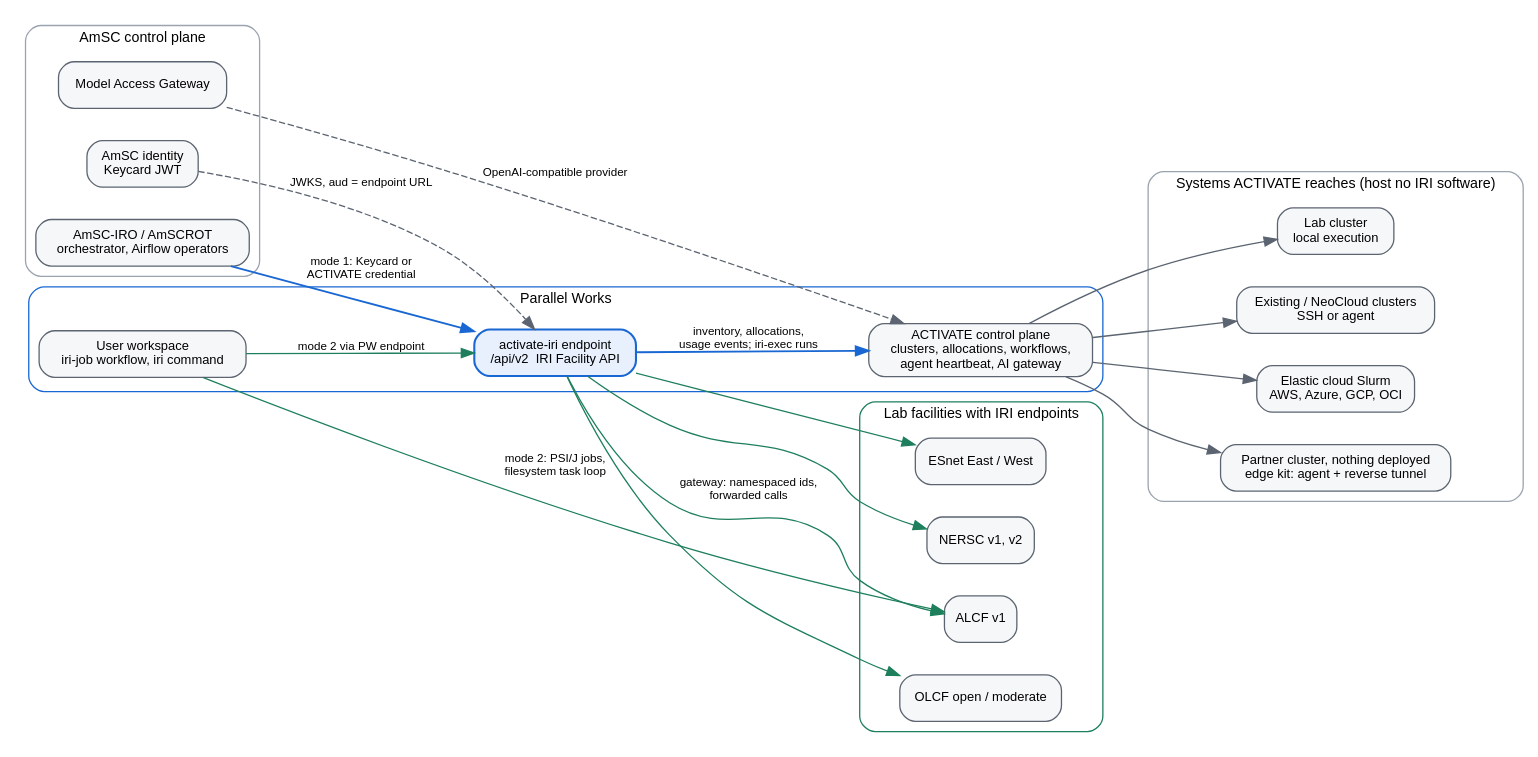
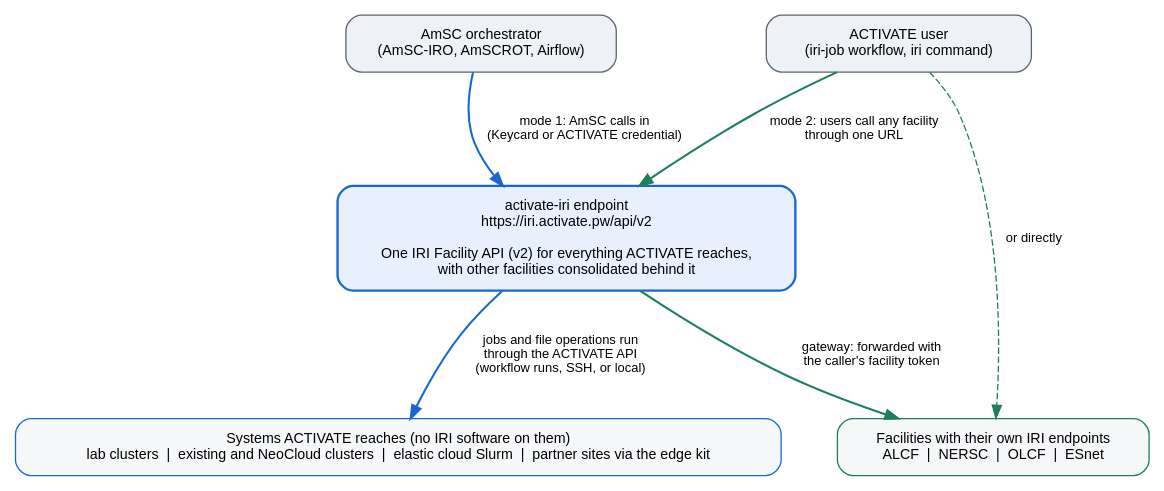
The diagram in docs/diagrams/overview.dot (parallelworks/activate-iri), drawn with Graphviz before and after one commit. The commit also changed 4 other files, not shown here.

First line of the commit message:
Simplify the overview diagram (#3)

```diff
--- a/docs/diagrams/overview.dot
+++ b/docs/diagrams/overview.dot
@@ -1,33 +1,24 @@
 digraph activate_iri {
-  graph [rankdir=LR, fontname="Helvetica", fontsize=11, nodesep=0.35, ranksep=0.7, bgcolor="white"];
-  node  [shape=box, style="rounded,filled", fontname="Helvetica", fontsize=10, fillcolor="#F6F7F9", color="#5B6470"];
-  edge  [fontname="Helvetica", fontsize=9, color="#5B6470"];
+  graph [rankdir=TB, fontname="Helvetica", fontsize=11, nodesep=0.6, ranksep=0.9, bgcolor="white", splines=true];
+  node  [shape=box, style="rounded,filled", fontname="Helvetica", fontsize=11, fillcolor="#F6F7F9", color="#5B6470", margin="0.25,0.14"];
+  edge  [fontname="Helvetica", fontsize=10, color="#5B6470"];
 
-  subgraph cluster_amsc { label="AmSC control plane"; style="rounded"; color="#9AA3AF";
-    iro   [label="AmSC-IRO / AmSCROT\norchestrator, Airflow operators"];
-    ping  [label="AmSC identity\nKeycard JWT"];
-    mag   [label="Model Access Gateway"];
-  }
-  subgraph cluster_pw { label="Parallel Works"; style="rounded"; color="#1967D2";
-    ep    [label="activate-iri endpoint\n/api/v2  IRI Facility API", fillcolor="#E8F0FE", color="#1967D2", penwidth=1.6];
-    cp    [label="ACTIVATE control plane\nclusters, allocations, workflows,\nagent heartbeat, AI gateway"];
-    ws    [label="User workspace\niri-job workflow, iri command"];
-  }
-  subgraph cluster_sys { label="Systems ACTIVATE reaches (host no IRI software)"; style="rounded"; color="#9AA3AF";
-    lab   [label="Lab cluster\nlocal execution"];
-    exist [label="Existing / NeoCloud clusters\nSSH or agent"];
-    cloud [label="Elastic cloud Slurm\nAWS, Azure, GCP, OCI"];
-    partner [label="Partner cluster, nothing deployed\nedge kit: agent + reverse tunnel"];
-  }
-  subgraph cluster_labs { label="Lab facilities with IRI endpoints"; style="rounded"; color="#1E7F5C";
-    alcf  [label="ALCF v1"]; nersc [label="NERSC v1, v2"]; olcf [label="OLCF open / moderate"]; esnet [label="ESnet East / West"];
-  }
+  amsc [label="AmSC orchestrator\n(AmSC-IRO, AmSCROT, Airflow)", fillcolor="#EEF1F5"];
+  user [label="ACTIVATE user\n(iri-job workflow, iri command)", fillcolor="#EEF1F5"];
 
-  iro  -> ep   [label="mode 1: Keycard or\nACTIVATE credential", color="#1967D2", penwidth=1.4];
-  ping -> ep   [label="JWKS, aud = endpoint URL", style=dashed];
-  ep   -> cp   [label="inventory, allocations,\nusage events; iri-exec runs", color="#1967D2", penwidth=1.4];
-  cp   -> lab; cp -> exist; cp -> cloud; cp -> partner;
-  ep   -> alcf [label="gateway: namespaced ids,\nforwarded calls", color="#1E7F5C"]; ep -> nersc [color="#1E7F5C"]; ep -> olcf [color="#1E7F5C"]; ep -> esnet [color="#1E7F5C"];
-  ws   -> alcf [label="mode 2: PSI/J jobs,\nfilesystem task loop", color="#1E7F5C"]; ws -> ep [label="mode 2 via PW endpoint", color="#1E7F5C"];
-  mag  -> cp   [label="OpenAI-compatible provider", style=dashed];
+  ep [label="activate-iri endpoint\nhttps://iri.activate.pw/api/v2\n\nOne IRI Facility API (v2) for everything ACTIVATE reaches,\nwith other facilities consolidated behind it",
+      fillcolor="#E8F0FE", color="#1967D2", penwidth=1.8];
+
+  systems [label="Systems ACTIVATE reaches (no IRI software on them)\nlab clusters  |  existing and NeoCloud clusters  |  elastic cloud Slurm  |  partner sites via the edge kit",
+           color="#1967D2"];
+  labs [label="Facilities with their own IRI endpoints\nALCF  |  NERSC  |  OLCF  |  ESnet", color="#1E7F5C"];
+
+  { rank=same; amsc; user; }
+  { rank=same; systems; labs; }
+
+  amsc -> ep   [label="  mode 1: AmSC calls in\n  (Keycard or ACTIVATE credential)", color="#1967D2", penwidth=1.6];
+  user -> ep   [label="  mode 2: users call any facility\n  through one URL", color="#1E7F5C", penwidth=1.6];
+  user -> labs [label="  or directly", style=dashed, color="#1E7F5C"];
+  ep -> systems [label="  jobs and file operations run\n  through the ACTIVATE API\n  (workflow runs, SSH, or local)", color="#1967D2", penwidth=1.6];
+  ep -> labs   [label="  gateway: forwarded with\n  the caller's facility token", color="#1E7F5C", penwidth=1.6];
 }
```
